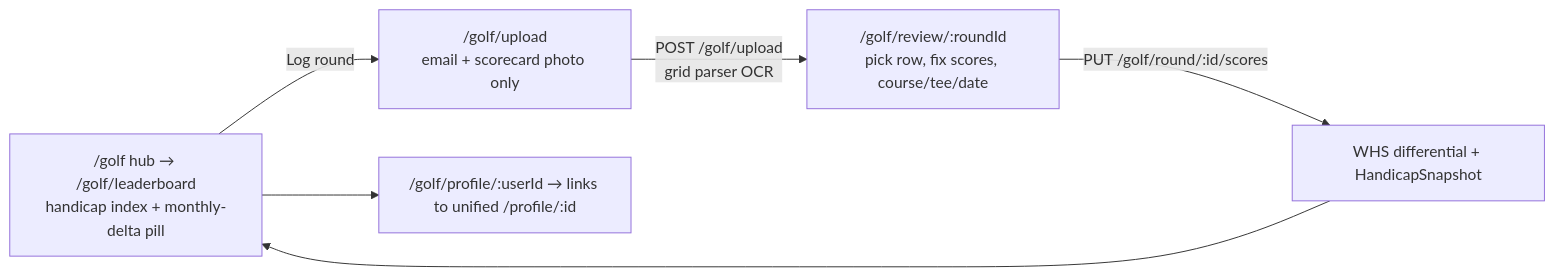
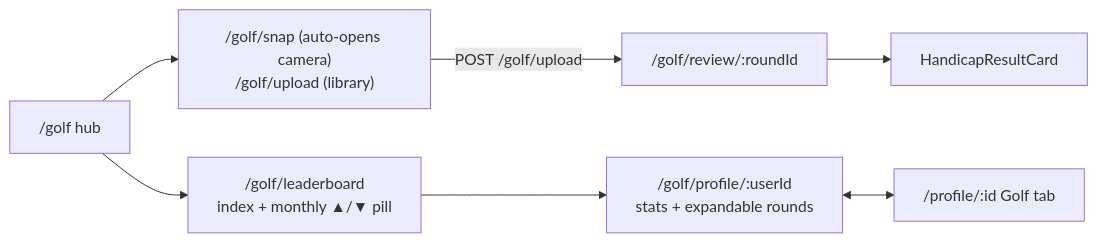
Before and after one commit to robert23kim/toms-gym: the third of 3 diagrams in docs/site-map/README.md, drawn with Mermaid. The commit also changed other lines of this file and 46 other files, not shown here.

````diff
--- a/docs/site-map/README.md
+++ b/docs/site-map/README.md
@@ -123,8 +108,7 @@
 ```mermaid
 flowchart LR
-    GL["/golf hub → /golf/leaderboard\nhandicap index + monthly-delta pill"] -->|Log round| GU["/golf/upload\nemail + scorecard photo only"]
-    GU -->|POST /golf/upload\ngrid parser OCR| GR["/golf/review/:roundId\npick row, fix scores, course/tee/date"]
-    GR -->|PUT /golf/round/:id/scores| HS[WHS differential + HandicapSnapshot]
-    HS --> GL
-    GL --> GP["/golf/profile/:userId → links to unified /profile/:id"]
+    GH["/golf hub"] --> GS["/golf/snap (auto-opens camera)\n/golf/upload (library)"]
+    GS -->|POST /golf/upload| GR["/golf/review/:roundId"] --> HC[HandicapResultCard]
+    GH --> GL["/golf/leaderboard\nindex + monthly ▲/▼ pill"] --> GP["/golf/profile/:userId\nstats + expandable rounds"]
+    GP <--> P["/profile/:id Golf tab"]
 ```
````
